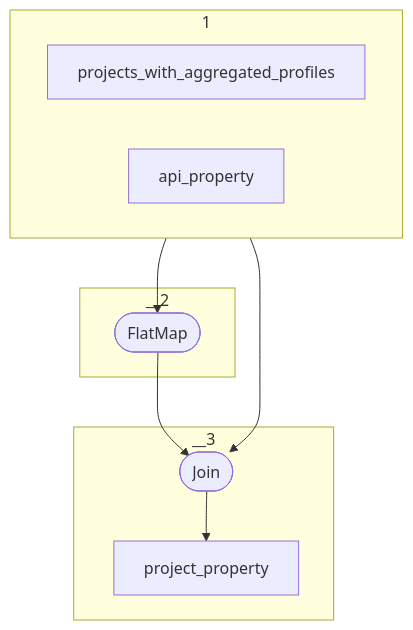
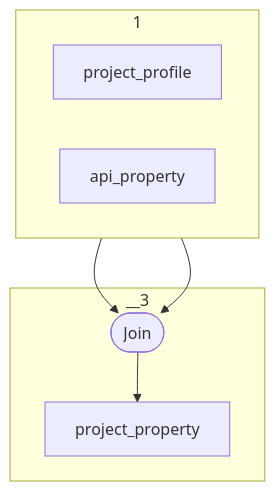
Before and after one commit to geovistory/toolbox-streams: the diagram in app/src/main/java/org/geovistory/toolbox/streams/app/ProjectPropertyTopology.md, drawn with Mermaid. The commit also changed other lines of this file and 16 other files, not shown here.

````diff
--- a/app/src/main/java/org/geovistory/toolbox/streams/app/ProjectPropertyTopology.md
+++ b/app/src/main/java/org/geovistory/toolbox/streams/app/ProjectPropertyTopology.md
@@ -3,21 +3,17 @@
 ```mermaid
 flowchart TD
-    1a-->2a
+    1a-->3a
     1b-->3a
-    2a-->3a
     3a-->3b
     subgraph 1
         direction RL
-        1a[projects_with_aggregated_profiles]
+        1a[project_profile]
         1b[api_property]
-    end
-    subgraph __2
-        2a([FlatMap])    
     end
     subgraph __3
         3a([Join])
         3b[project_property]    
     end
     
 
 ```
````
